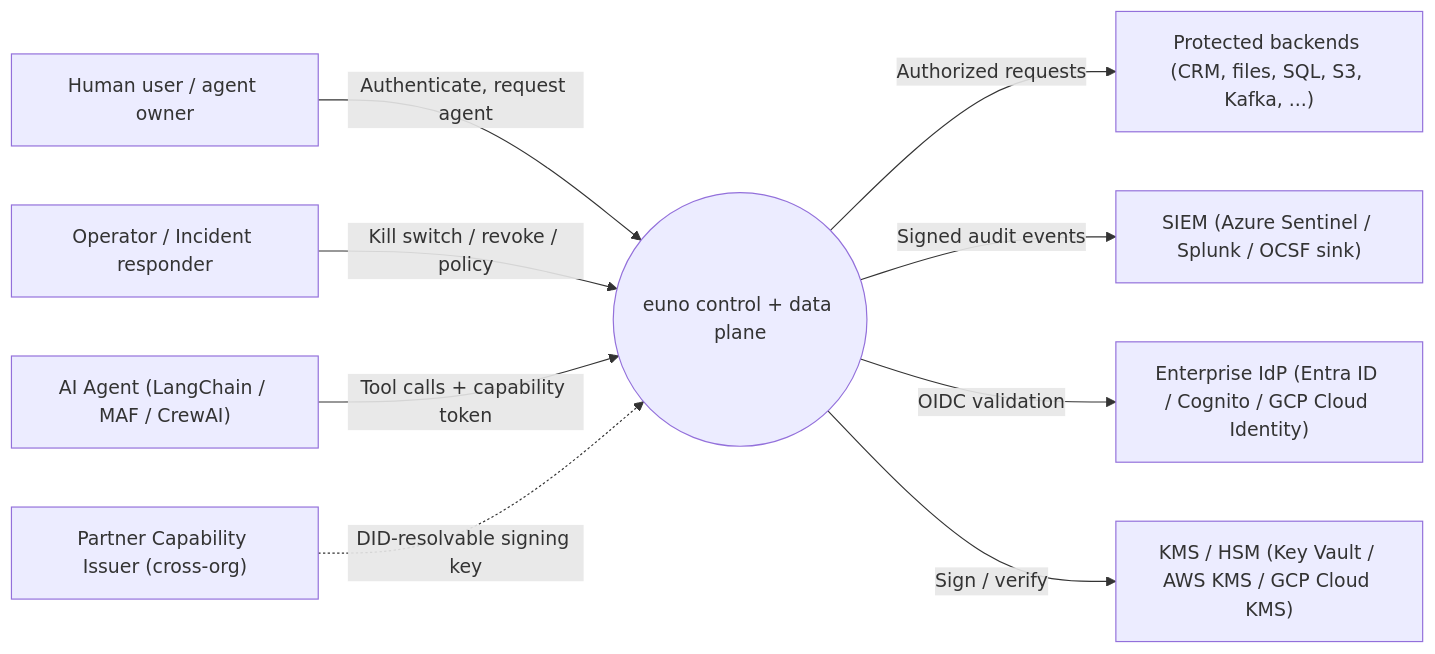
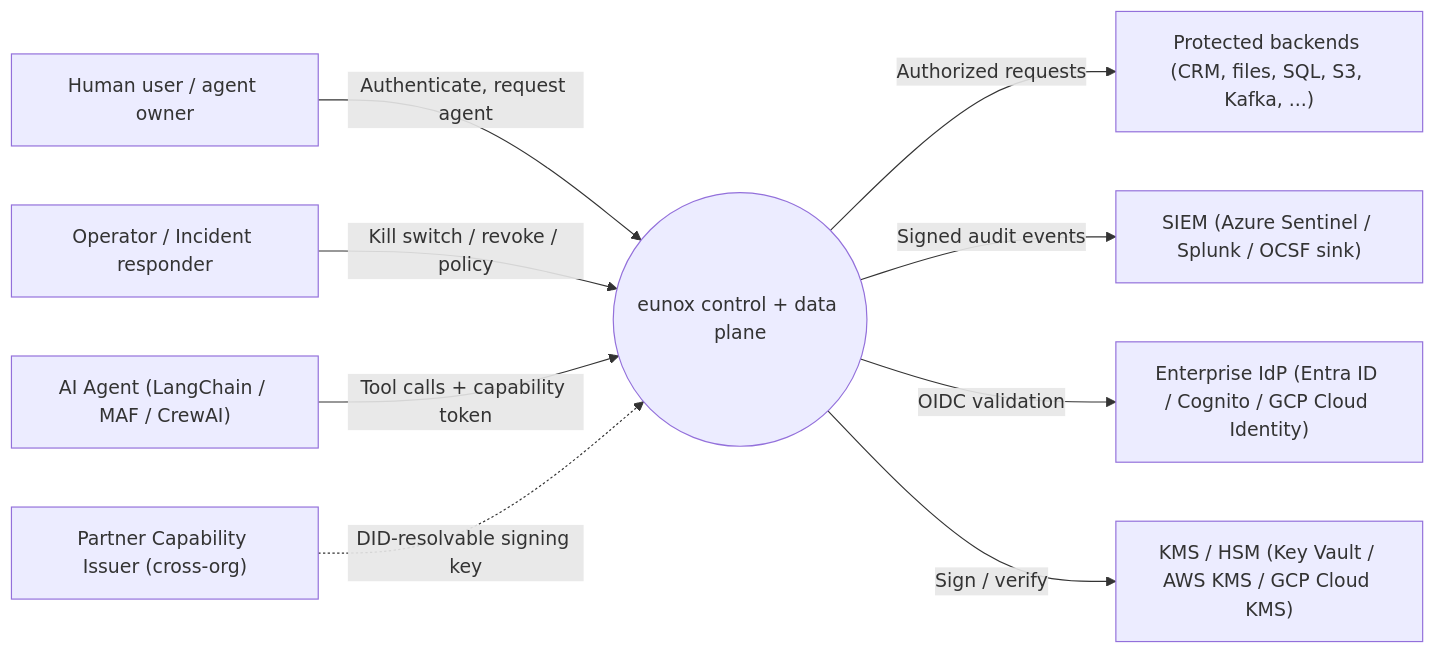
One commit to eunolabs/eunox changed the first of 14 diagrams in docs/ARCHITECTURE.md. Above: the diagram before and after it, drawn with Mermaid. The commit also changed other lines of this file and 49 other files, not shown here.

Commit message:
rename euno to eunox in docs

````diff
--- a/docs/ARCHITECTURE.md
+++ b/docs/ARCHITECTURE.md
@@ -42,22 +42,22 @@
 ```mermaid
 flowchart LR
     User["Human user / agent owner"]
     Admin["Operator / Incident responder"]
     Agent["AI Agent (LangChain / MAF / CrewAI)"]
     Backend["Protected backends (CRM, files, SQL, S3, Kafka, ...)"]
     SIEM["SIEM (Azure Sentinel / Splunk / OCSF sink)"]
     IdP["Enterprise IdP (Entra ID / Cognito / GCP Cloud Identity)"]
     KMS["KMS / HSM (Key Vault / AWS KMS / GCP Cloud KMS)"]
     PartnerIssuer["Partner Capability Issuer (cross-org)"]
 
-    euno(("euno control + data plane"))
+    eunox(("eunox control + data plane"))
 
-    User -->|Authenticate, request agent| euno
-    Admin -->|Kill switch / revoke / policy| euno
-    Agent -->|Tool calls + capability token| euno
-    euno -->|Authorized requests| Backend
-    euno -->|Signed audit events| SIEM
-    euno -->|OIDC validation| IdP
-    euno -->|Sign / verify| KMS
-    PartnerIssuer -.->|DID-resolvable signing key| euno
+    User -->|Authenticate, request agent| eunox
+    Admin -->|Kill switch / revoke / policy| eunox
+    Agent -->|Tool calls + capability token| eunox
+    eunox -->|Authorized requests| Backend
+    eunox -->|Signed audit events| SIEM
+    eunox -->|OIDC validation| IdP
+    eunox -->|Sign / verify| KMS
+    PartnerIssuer -.->|DID-resolvable signing key| eunox
 ```
````
